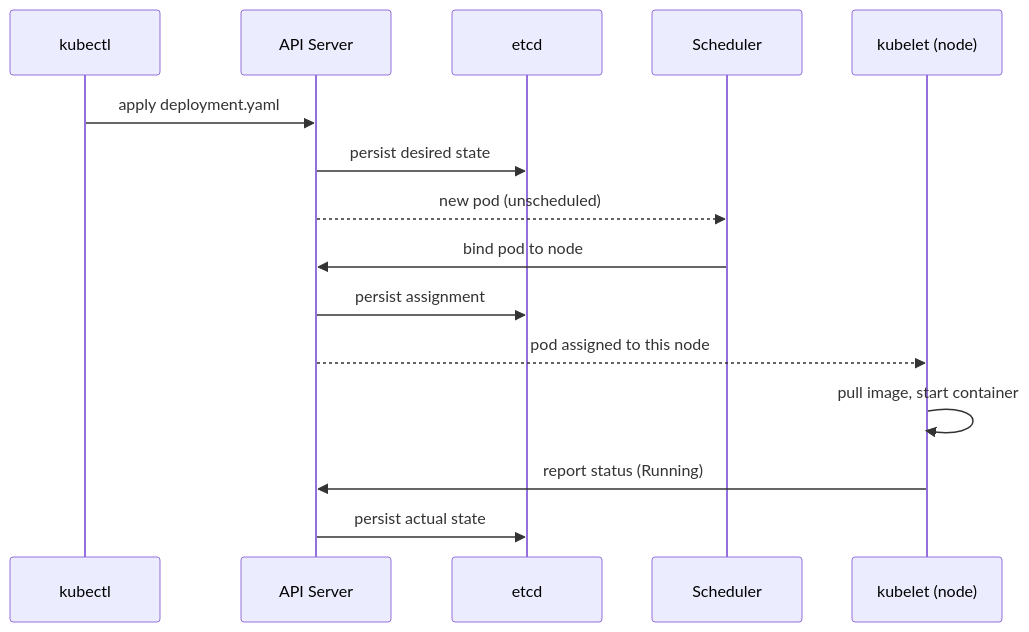
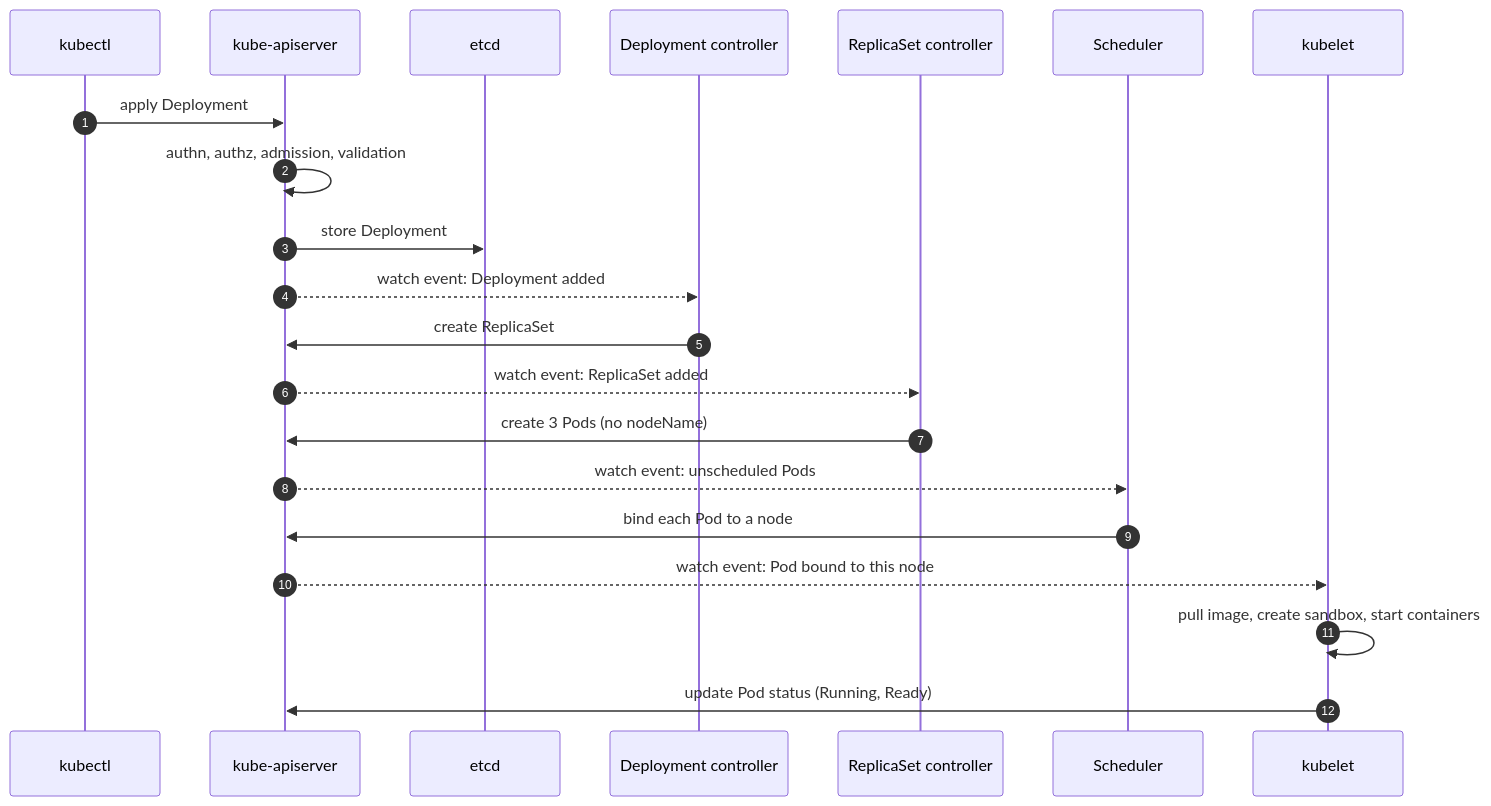
One commit to AndrewAltimit/Documentation changed the second of 7 diagrams in github-pages/docs/technology/kubernetes/fundamentals.md. Above: the diagram before and after it, drawn with Mermaid. The commit also changed other lines of this file and 240 other files, not shown here.

````diff
--- a/github-pages/docs/technology/kubernetes/fundamentals.md
+++ b/github-pages/docs/technology/kubernetes/fundamentals.md
@@ -232,17 +180,23 @@
 ```mermaid
 sequenceDiagram
+    autonumber
     participant U as kubectl
-    participant API as API Server
+    participant API as kube-apiserver
     participant E as etcd
+    participant DC as Deployment controller
+    participant RC as ReplicaSet controller
     participant S as Scheduler
-    participant K as kubelet (node)
-    U->>API: apply deployment.yaml
-    API->>E: persist desired state
-    API-->>S: new pod (unscheduled)
-    S->>API: bind pod to node
-    API->>E: persist assignment
-    API-->>K: pod assigned to this node
-    K->>K: pull image, start container
-    K->>API: report status (Running)
-    API->>E: persist actual state
+    participant K as kubelet
+    U->>API: apply Deployment
+    API->>API: authn, authz, admission, validation
+    API->>E: store Deployment
+    API-->>DC: watch event: Deployment added
+    DC->>API: create ReplicaSet
+    API-->>RC: watch event: ReplicaSet added
+    RC->>API: create 3 Pods (no nodeName)
+    API-->>S: watch event: unscheduled Pods
+    S->>API: bind each Pod to a node
+    API-->>K: watch event: Pod bound to this node
+    K->>K: pull image, create sandbox, start containers
+    K->>API: update Pod status (Running, Ready)
 ```
````
